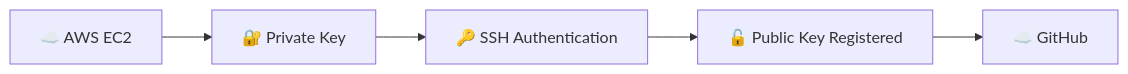
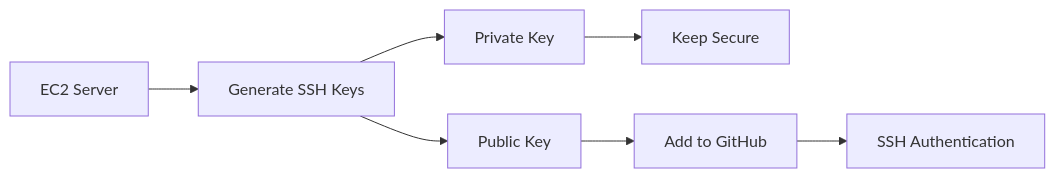
The fourth of 37 diagrams in DevOps-Labs-and-Projects/ Day-06 to Day-12/README.md (Yuvii2102/My-Devops-Cloud-Journey), drawn with Mermaid before and after one commit. The commit also changed other lines of this file, not shown here.

````diff
--- a/DevOps-Labs-and-Projects/ Day-06 to Day-12/README.md
+++ b/DevOps-Labs-and-Projects/ Day-06 to Day-12/README.md
@@ -322,7 +215,9 @@
 ```mermaid
 flowchart LR
-    A["☁️ AWS EC2"] --> B["🔐 Private Key"]
-    B --> C["🔑 SSH Authentication"]
-    C --> D["🔓 Public Key Registered"]
-    D --> E["☁️ GitHub"]
+    A["EC2 Server"] --> B["Generate SSH Keys"]
+    B --> C["Private Key"]
+    B --> D["Public Key"]
+    C --> E["Keep Secure"]
+    D --> F["Add to GitHub"]
+    F --> G["SSH Authentication"]
 ```
````
